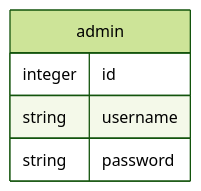
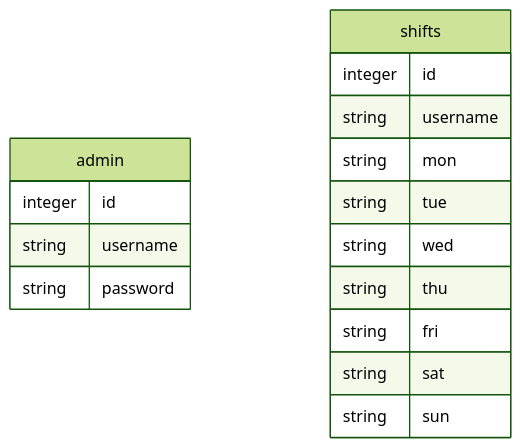
One commit to ynori123/sadmin changed the first of 2 diagrams in README.md. Above: the diagram before and after it, drawn with Mermaid (forest theme). The commit also changed other lines of this file and 10 other files, not shown here.

````diff
--- a/README.md
+++ b/README.md
@@ -44,8 +90,19 @@
 ```mermaid
 erDiagram
     admin {
         integer id
         string username
         string password
     }
+    shifts {
+        integer id 
+        string username 
+        string mon
+        string tue
+        string wed
+        string thu
+        string fri
+        string sat
+        string sun
+    }
 ```
````
